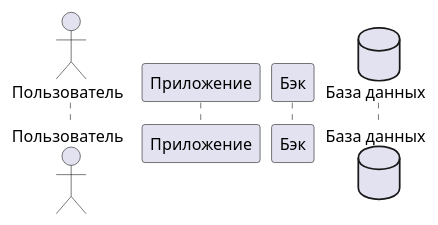
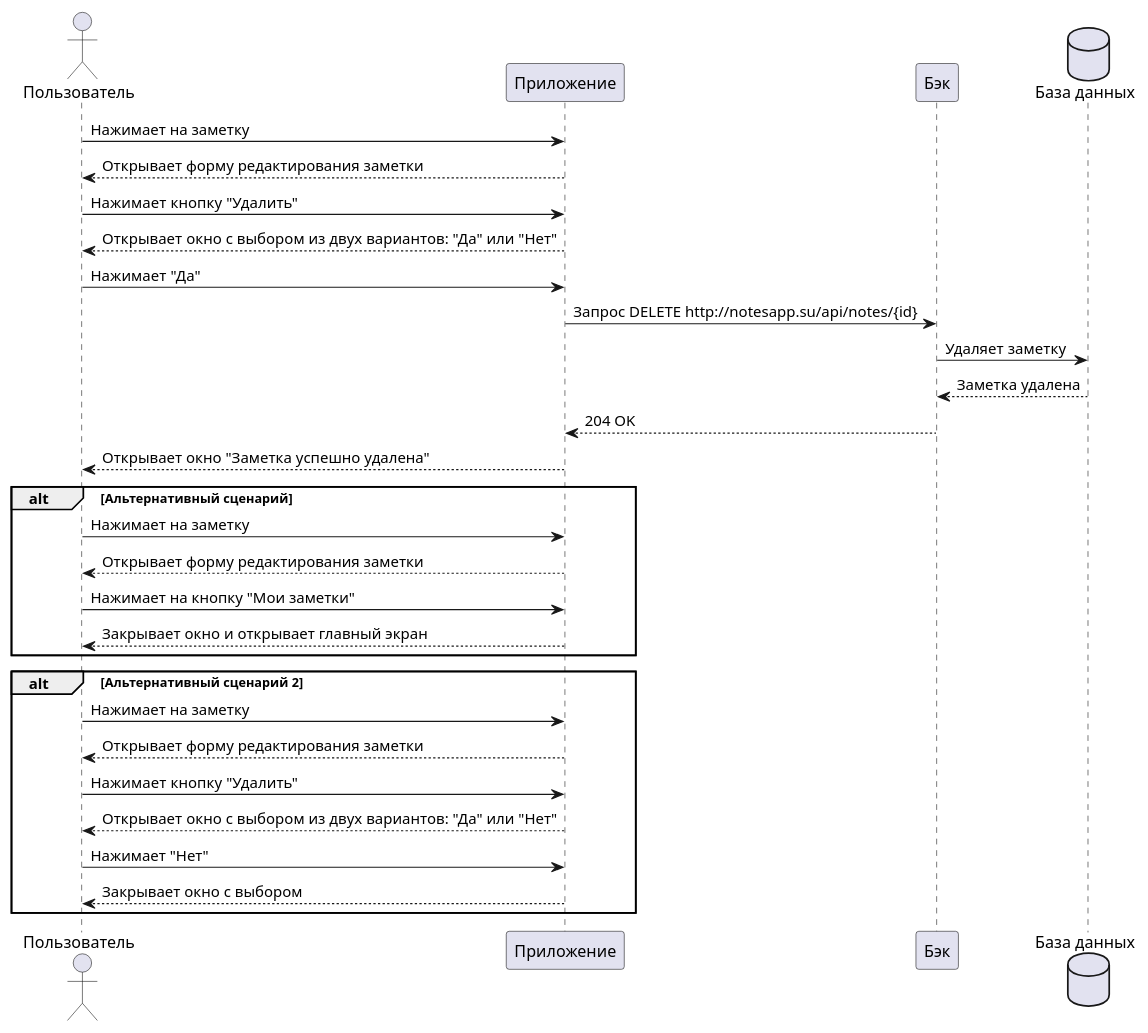
Before and after one commit to alenaChernyka/dac-workshop: the diagram in docs/assignments/use-case.md, drawn with PlantUML. The commit also changed other lines of this file and 4 other files, not shown here.

````diff
--- a/docs/assignments/use-case.md
+++ b/docs/assignments/use-case.md
@@ -68,36 +68,36 @@
 ```puml
 
 @startuml
 actor Пользователь as user
 participant Приложение as client
 participant Бэк as server
 database "База данных" as db
-@enduml
 
 user -> client: Нажимает на заметку
 user <-- client: Открывает форму редактирования заметки
 user -> client: Нажимает кнопку "Удалить"
 user <-- client: Открывает окно с выбором из двух вариантов: "Да" или "Нет"
 user -> client: Нажимает "Да"
 client -> server: Запрос DELETE http://notesapp.su/api/notes/{id}
 server -> db: Удаляет заметку
 server <-- db: Заметка удалена
 client <-- server: 204 OK
 user <-- client: Открывает окно "Заметка успешно удалена"
 
 alt Альтернативный сценарий
 user -> client: Нажимает на заметку
 user <-- client: Открывает форму редактирования заметки
 user -> client: Нажимает на кнопку "Мои заметки"
 user <-- client: Закрывает окно и открывает главный экран
 end alt
 
 alt Альтернативный сценарий 2
 user -> client: Нажимает на заметку
 user <-- client: Открывает форму редактирования заметки
 user -> client: Нажимает кнопку "Удалить"
 user <-- client: Открывает окно с выбором из двух вариантов: "Да" или "Нет"
 user -> client: Нажимает "Нет"
 user <-- client: Закрывает окно с выбором
 end alt
+@enduml
 ```
````
